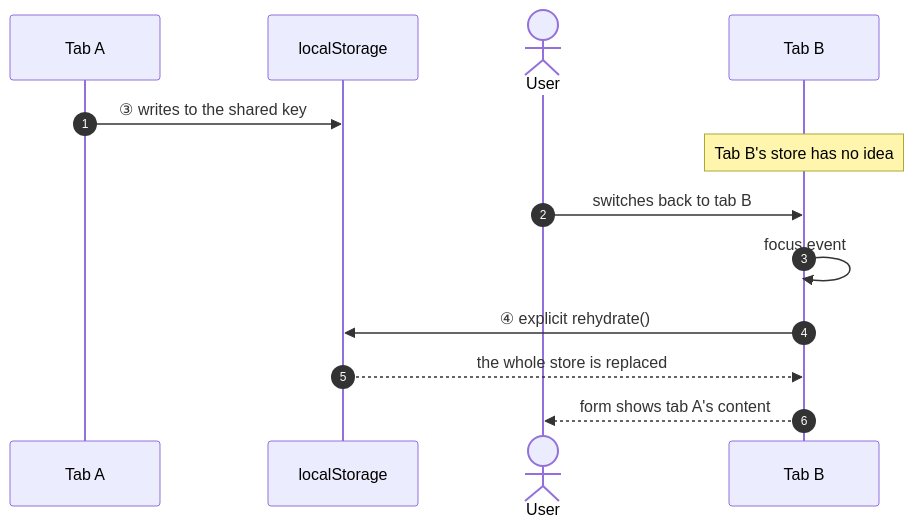
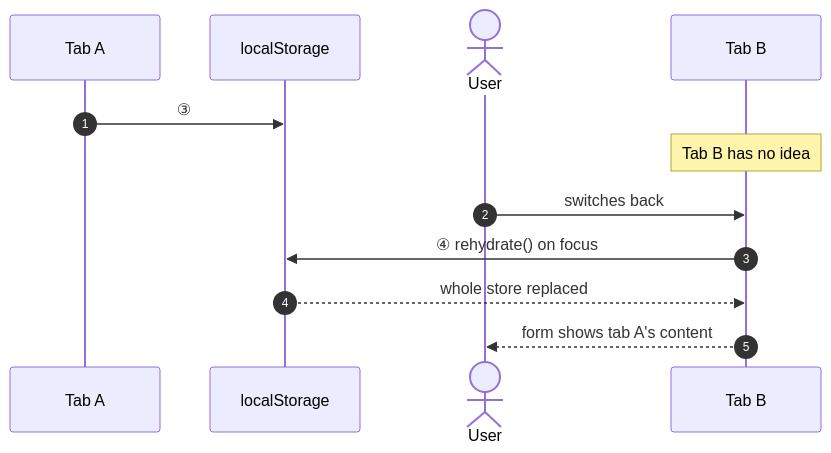
One commit to jadecubes/multi-party-state-sync changed the eighth of 9 diagrams in README.md. Above: the diagram before and after it, drawn with Mermaid. The commit also changed other lines of this file, not shown here.

First line of the commit message:
docs: reshape into question, statement, diagram

````diff
--- a/README.md
+++ b/README.md
@@ -202,16 +174,15 @@
 ```mermaid
 sequenceDiagram
     autonumber
     participant A as Tab A
     participant P as localStorage
     actor U as User
     participant B as Tab B
 
-    A->>P: ③ writes to the shared key
-    Note over B: Tab B's store has no idea
-    U->>B: switches back to tab B
-    B->>B: focus event
-    B->>P: ④ explicit rehydrate()
-    P-->>B: the whole store is replaced
+    A->>P: ③
+    Note over B: Tab B has no idea
+    U->>B: switches back
+    B->>P: ④ rehydrate() on focus
+    P-->>B: whole store replaced
     B-->>U: form shows tab A's content
 ```
````
